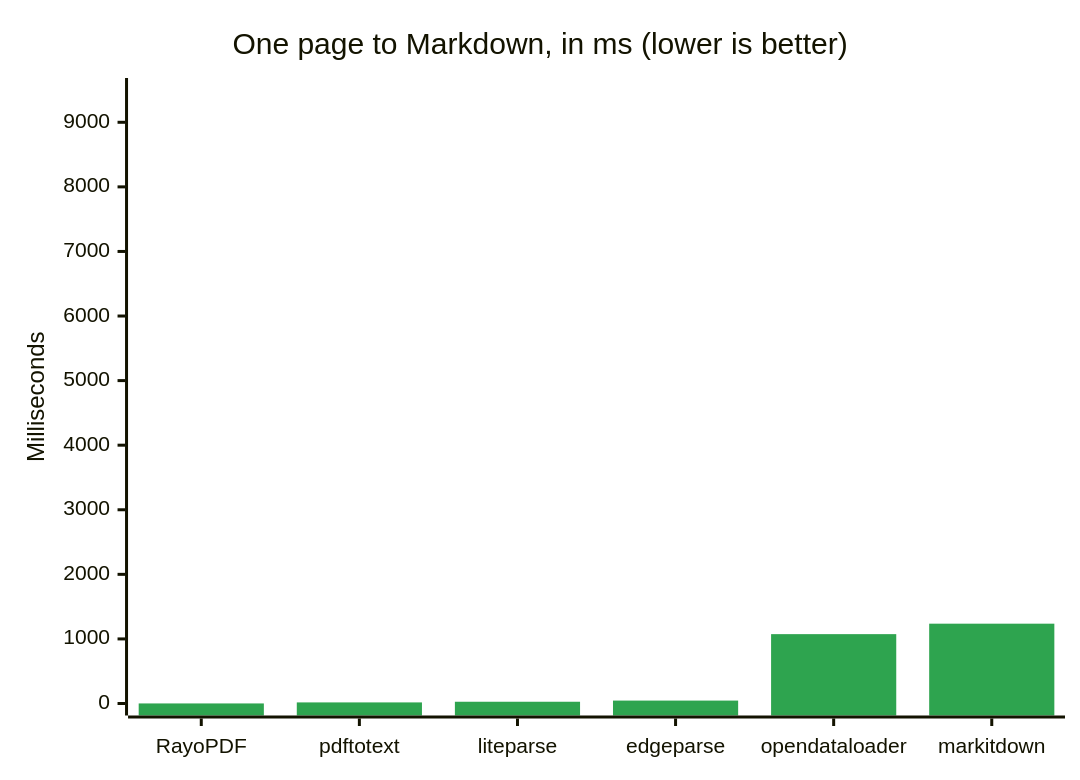
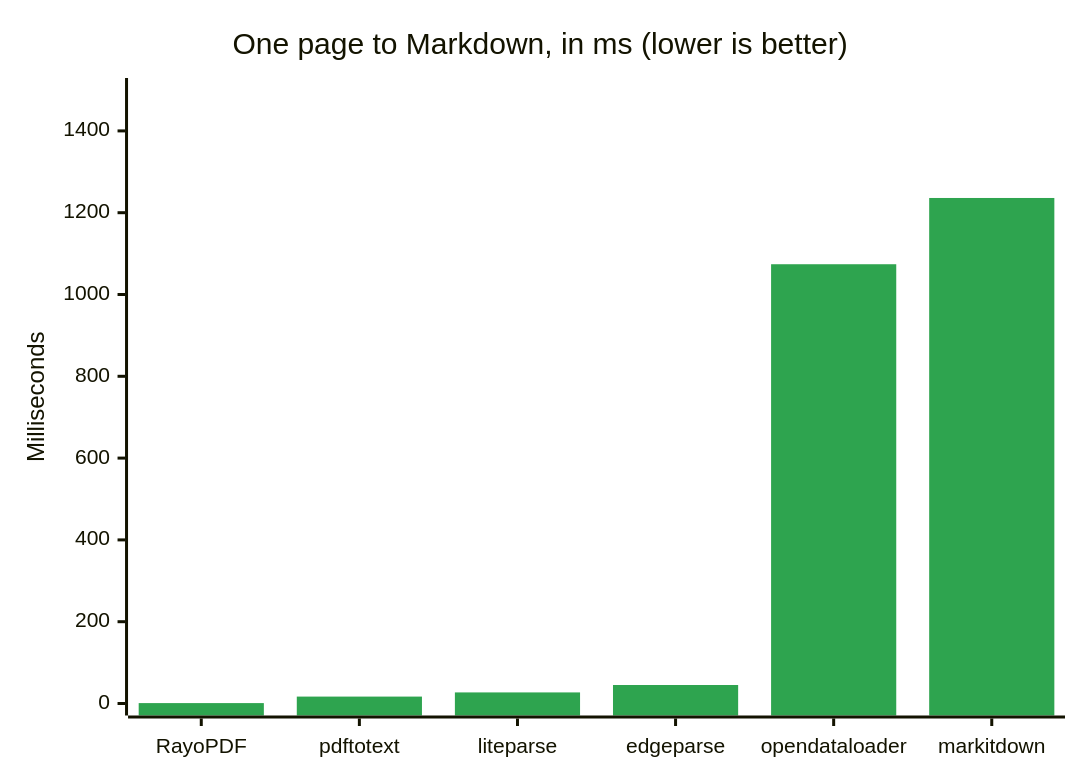
One commit to Butterski/rayopdf changed the diagram in README.md. Above: the diagram before and after it, drawn with Mermaid.

Commit message:
Adjust y-axis range in performance chart
Updated y-axis range for performance chart in README.

````diff
--- a/README.md
+++ b/README.md
@@ -163,8 +163,8 @@
 ```mermaid
 %%{init: {"themeVariables": {"xyChart": {"plotColorPalette": "#2ea44f"}}}}%%
 xychart-beta
     title "One page to Markdown, in ms (lower is better)"
     x-axis ["RayoPDF", "pdftotext", "liteparse", "edgeparse", "opendataloader", "markitdown"]
-    y-axis "Milliseconds" 0 --> 9500
+    y-axis "Milliseconds" 0 --> 1500
     bar [0.98, 16.9, 27.1, 45.2, 1074, 1236]
 ```
````
